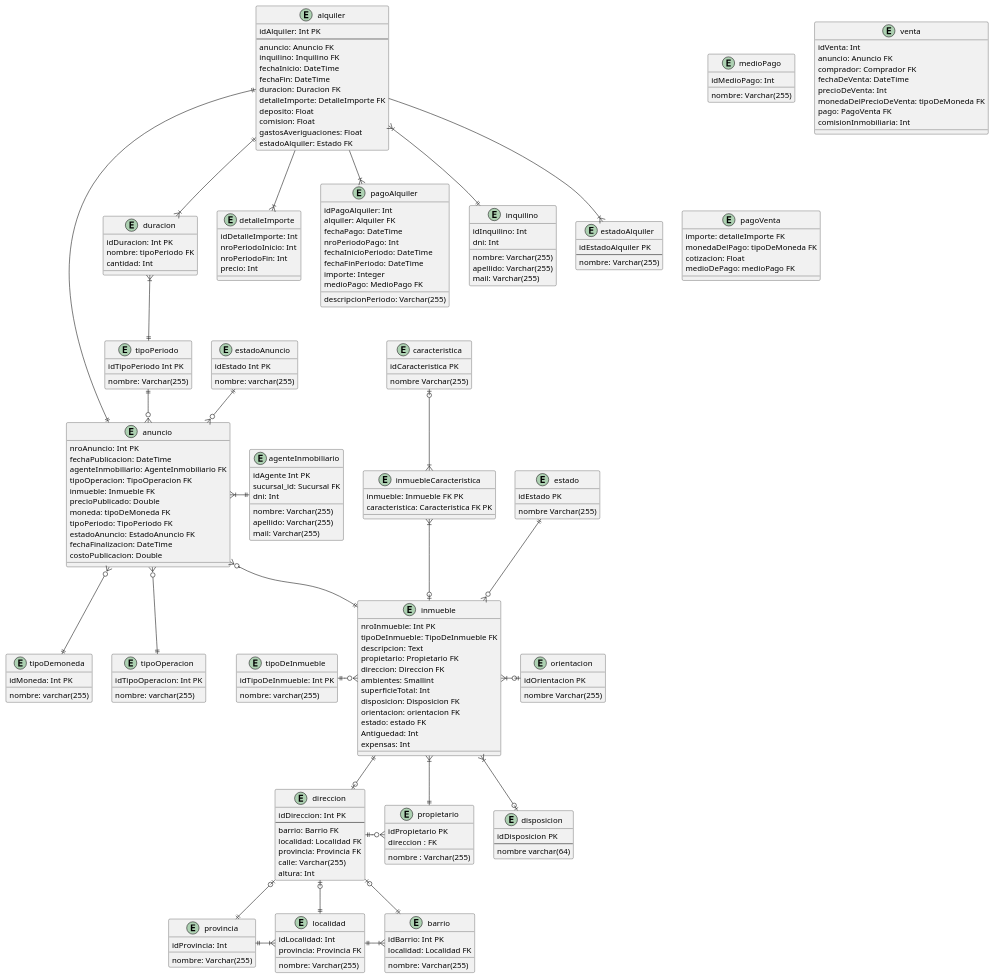
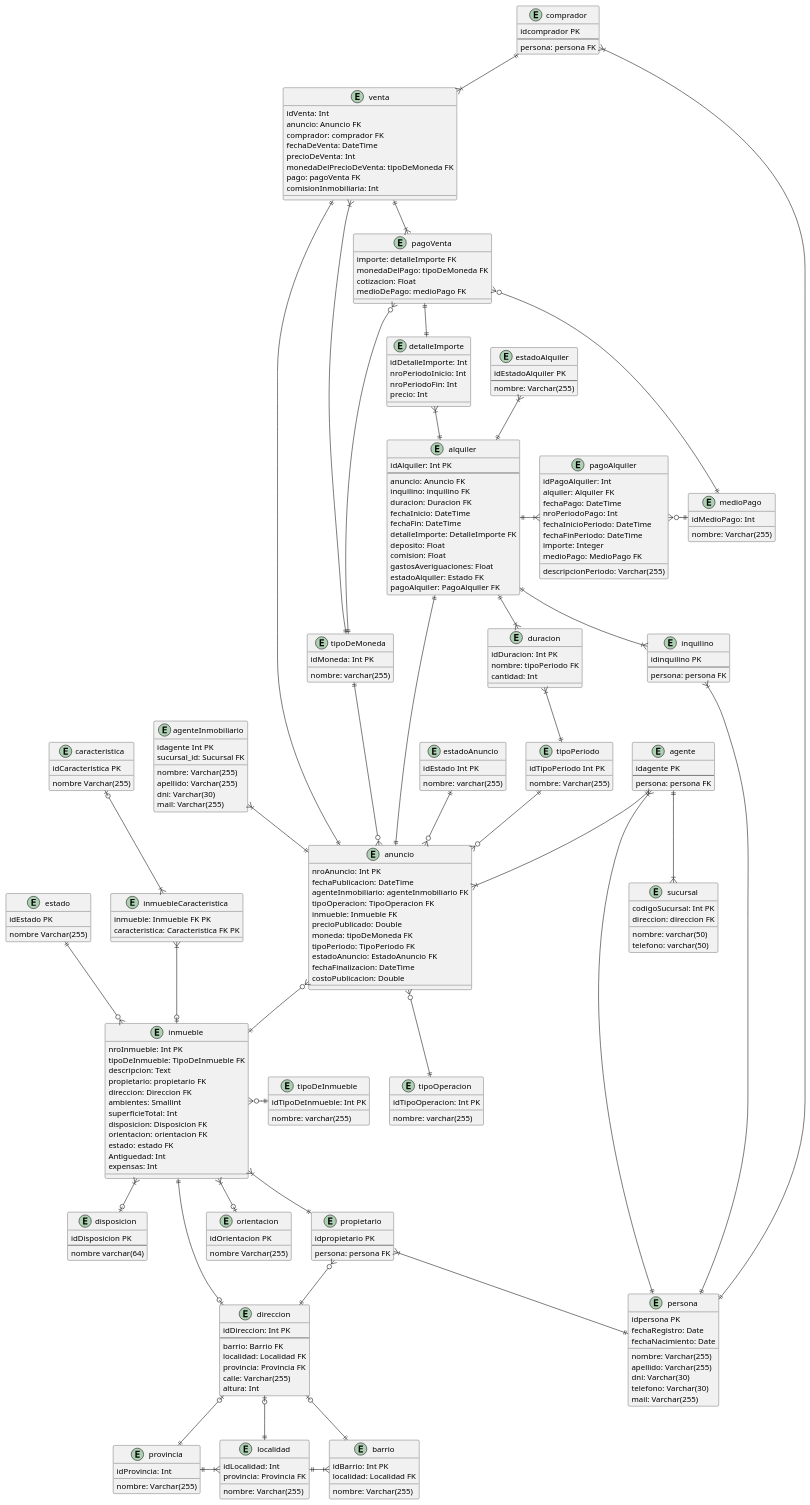
Before and after one commit to manutorrente/TP-GDD: the diagram in der.wsd, drawn with PlantUML.

```diff
--- a/der.wsd
+++ b/der.wsd
@@ -1,93 +1,21 @@
 @startuml diagrama
-
-
-/' 
-
-
-alquiler
-detalle importe alquiler
-pago de alquiler
-venta
-pago '/
-
-/' 2. Gestión de Alquileres
-El sistema permite además que la inmobiliaria pueda gestionar los alquileres que se
-concretan y los que están en curso, junto con los pagos de los inquilinos. La sucursal del
-grupo inmobiliario solo gestiona los alquileres que se publican y concretan en su
-sucursal.
-Cada vez que se concreta un alquiler, se registra la siguiente información:
-● Código de Alquiler: identificador numérico único para cada alquiler.
-● Anuncio del cual deriva: Se considera que todos los alquileres se concretan a
-partir de anuncios. El agente que gestionará el alquiler es el mismo que gestionó
-el anuncio en la sucursal. La información del inmueble también se obtendrá a
-partir del anuncio.
-6
-● Inquilino: Se registra aquella persona que alquila el inmueble, con toda su
-información correspondiente.
-● Fecha de Inicio del alquiler: Fecha a partir de la cual el inquilino puede hacer
-uso del inmueble.
-● Fecha de fin del alquiler: Fecha en la cual se termina el alquiler.
-● Duración del alquiler: Se registra la cantidad de períodos por los cuales se
-alquila el inmueble. Por ejemplo, 36 (meses), 2 (semanas), 1 (quincena)
-El tipo de periodo al cual corresponde la duración (meses, semanas, quincena,
-etc) es el mismo que se especifica en el anuncio.
-● Detalle de Importe del alquiler: Dado que el importe del alquiler puede variar
-a lo largo del mismo, se registra el importe comprendido dentro de cada rango de
-periodos con la siguiente información:
-o Nro. De periodo de Inicio
-o Nro. De período de Fin
-o Precio
-Por ejemplo para un alquiler de 36 meses: del periodo 1(mes) al 12 (mes) el
-precio del alquiler es de X, del 13 al 24 de Y, y así sucesivamente.
-Esta información puede o no conocerse desde el inicio del alquiler, o se irá
-completando a medida que avance el mismo y se defina el precio.
-El precio inicial puede variar con respecto al precio del anuncio.
-● Depósito: Importe de dinero que deja el inquilino a la inmobiliaria en concepto
-de depósito.
-● Comisión: Importe de dinero que recibe la inmobiliaria, pagado por el
-propietario, por la transacción de alquiler en cuestión.
-● Gastos de Averiguaciones: Importe de dinero pagado por el inquilino por las
-averiguaciones que debe de hacer la inmobiliaria para el alquiler.
-● Estado: Estado en que se encuentra en alquiler: vigente, finalizado, cancelado,
-rescindido, etc.
-3. Gestión de Pago de Alquileres
-Para la gestión de los alquileres el sistema permite registrar los pagos de los inquilinos.
-Por cada pago que haga un inquilino se registra:
-● Código. De Pago: Cada pago está identificado por un número único.
-● Alquiler: Alquiler al cual corresponde el pago que se está realizando.
-● Fecha de Pago: Fecha en la cual se realiza el pago.
-7
-● Nro. De periodo de pago: A qué período corresponde el pago. Por ejemplo, el
-valor 1, en un alquiler de tipo de periodo mensual, corresponde al primer mes.
-● Descripción del periodo: Texto descriptivo del periodo. Por ejemplo: enero
-2023, primera quincena enero, etc.
-● Fecha de Inicio del período pagado: Fecha de inicio del período al cual
-corresponde el pago.
-● Fecha de fin del periodo pagado: Fecha de fin del período al cual corresponde
-el pago.
-● Importe: Importe pagado por el inquilino a la inmobiliaria. Todos los alquileres
-se manejan en pesos.
-● Medio de Pago: Medio de pago a través del cual se realizó el mismo, como ser:
-efectivo, crédito, débito, etc. Los medios de pago disponibles se encuentran
-previamente tipificados '/
-
 
 ' Punto 2
 entity alquiler {
     idAlquiler: Int PK
     --
     anuncio: Anuncio FK
-    inquilino: Inquilino FK
+    inquilino: inquilino FK
+    duracion: Duracion FK
     fechaInicio: DateTime
     fechaFin: DateTime
-    duracion: Duracion FK
     detalleImporte: DetalleImporte FK
     deposito: Float
     comision: Float
     gastosAveriguaciones: Float
     estadoAlquiler: Estado FK
+    pagoAlquiler: PagoAlquiler FK
 }
-
 
 
 entity duracion {
@@ -115,13 +43,7 @@
     medioPago: MedioPago FK
 }
 
-entity inquilino {
-    idInquilino: Int
-    nombre: Varchar(255)
-    apellido: Varchar(255)
-    dni: Int
-    mail: Varchar(255)
-}
+
 
 entity medioPago {
     idMedioPago: Int
@@ -131,11 +53,11 @@
 entity venta {
     idVenta: Int
     anuncio: Anuncio FK
-    comprador: Comprador FK
+    comprador: comprador FK
     fechaDeVenta: DateTime
     precioDeVenta: Int
     monedaDelPrecioDeVenta: tipoDeMoneda FK
-    pago: PagoVenta FK
+    pago: pagoVenta FK
     comisionInmobiliaria: Int
 }
 
@@ -146,10 +68,17 @@
     medioDePago: medioPago FK
 }
 
+entity sucursal {
+    codigoSucursal: Int PK
+    direccion: direccion FK
+    nombre: varchar(50)
+    telefono: varchar(50)
+}
+
 entity anuncio {
     nroAnuncio: Int PK
     fechaPublicacion: DateTime
-    agenteInmobiliario: AgenteInmobiliario FK
+    agenteInmobiliario: agenteInmobiliario FK
     tipoOperacion: TipoOperacion FK
     inmueble: Inmueble FK
     precioPublicado: Double 
@@ -160,7 +89,7 @@
     costoPublicacion: Double
 }
 
-entity tipoDemoneda {
+entity tipoDeMoneda {
     idMoneda: Int PK
     nombre: varchar(255)
 }
@@ -170,7 +99,7 @@
     nroInmueble: Int PK
     tipoDeInmueble: TipoDeInmueble FK  
     descripcion: Text
-    propietario: Propietario FK
+    propietario: propietario FK
     direccion: Direccion FK
     ambientes: Smallint
     superficieTotal: Int
@@ -228,21 +157,15 @@
 }
 
 entity agenteInmobiliario {
-    idAgente Int PK
+    idagente Int PK
     sucursal_id: Sucursal FK    
     nombre: Varchar(255)
     apellido: Varchar(255)
-    dni: Int
+    dni: Varchar(30)
     mail: Varchar(255)
 
 }
 
-
-entity propietario {
-    idPropietario PK
-    nombre : Varchar(255)
-    direccion : FK
-}
 
 entity caracteristica {
     idCaracteristica PK
@@ -289,11 +212,52 @@
     nombre: Varchar(255)
 }
 
+entity persona {
+    idpersona PK
+    nombre: Varchar(255)
+    apellido: Varchar(255)
+    dni: Varchar(30)
+    telefono: Varchar(30) 
+    mail: Varchar(255)
+    fechaRegistro: Date
+    fechaNacimiento: Date
+}
+
+entity comprador{
+    idcomprador PK
+    --
+    persona: persona FK
+}
+
+entity inquilino{
+    idinquilino PK
+    --
+    persona: persona FK
+}
+
+
+entity propietario{
+    idpropietario PK
+    --
+    persona: persona FK
+}
+
+entity agente {
+    idagente PK
+    --
+    persona: persona FK
+}
+
+
+
+
+
+
 ' Anuncio
-anuncio }|-|| agenteInmobiliario  
+agenteInmobiliario }|--||anuncio
 anuncio }o--||  tipoOperacion 
 anuncio }o--|| inmueble
-anuncio }o--|| tipoDemoneda
+tipoDeMoneda ||--o{ anuncio 
 tipoPeriodo ||--o{ anuncio  
 estadoAnuncio ||--o{ anuncio
 
@@ -301,25 +265,48 @@
 inmueble }|--|| propietario
 inmueble ||--o| direccion
 inmueble }|--o| disposicion
-inmueble }|-o| orientacion
+inmueble }|--o| orientacion
 estado ||--o{ inmueble
-tipoDeInmueble ||-o{ inmueble
+inmueble }o-|| tipoDeInmueble
 inmuebleCaracteristica }|--o| inmueble
 caracteristica |o--|{ inmuebleCaracteristica
 
-
-direccion ||-o{ propietario
+propietario }o--|| direccion
 
 ' Alquiler
-alquiler --|{ detalleImporte
-alquiler --|{ pagoAlquiler
-alquiler --|{ estadoAlquiler
-alquiler }|--|| inquilino
+detalleImporte }|--||alquiler 
+alquiler ||-|{ pagoAlquiler
+estadoAlquiler }|--|| alquiler
 alquiler ||--|| anuncio
 alquiler ||--|{ duracion
 
 duracion }|--|| tipoPeriodo
 
 
+' Pagos
+pagoAlquiler }o-|| medioPago
+' medioPago ||--o{ pagoAlquiler
+
+' Venta
+venta ||--|| anuncio
+venta }|--|| tipoDeMoneda
+venta ||--|{ pagoVenta
+pagoVenta ||--||detalleImporte
+pagoVenta }o-|| medioPago
+
+pagoVenta }o----|| tipoDeMoneda
+
+alquiler ||--|{ inquilino
+comprador ||--|{ venta
+agente ||--|{ anuncio
+
+
+' personas
+propietario }|--|| persona
+agente }|--|| persona
+inquilino }|--|| persona
+comprador }|--|| persona
+
+ agente ||--|{ sucursal
 
 @enduml
```
